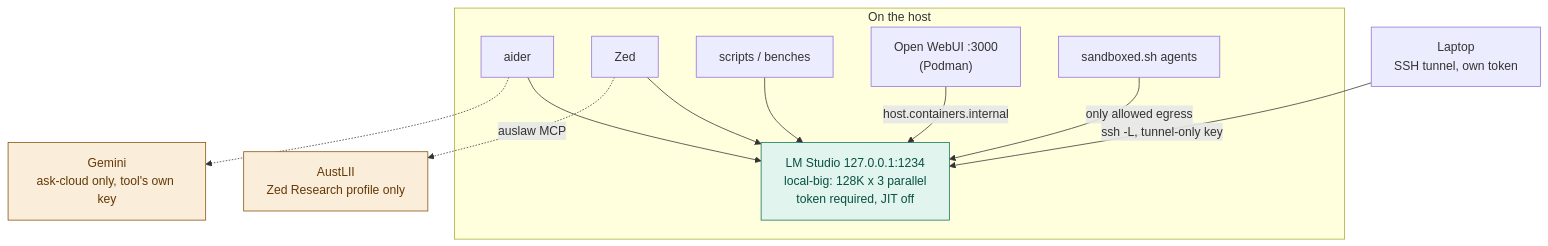
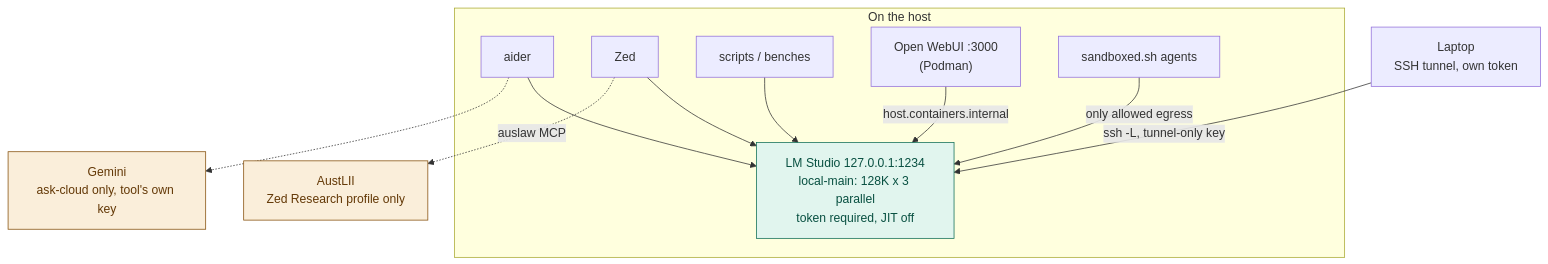
The diagram in docs/ARCHITECTURE.md (ouster/hearth), drawn with Mermaid before and after one commit. The commit also changed other lines of this file and 27 other files, not shown here.

First line of the commit message:
Rename local-big to local-main (ADR 0021).

````diff
--- a/docs/ARCHITECTURE.md
+++ b/docs/ARCHITECTURE.md
@@ -11,29 +11,29 @@
 ```mermaid
 flowchart TB
     subgraph onHost["On the host"]
         aider["aider"]
         zed["Zed"]
         scripts["scripts / benches"]
         webui["Open WebUI :3000<br/>(Podman)"]
         sbx["sandboxed.sh agents"]
-        lms["LM Studio 127.0.0.1:1234<br/>local-big: 128K x 3 parallel<br/>token required, JIT off"]
+        lms["LM Studio 127.0.0.1:1234<br/>local-main: 128K x 3 parallel<br/>token required, JIT off"]
     end
 
     laptop["Laptop<br/>SSH tunnel, own token"]
     cloud["Gemini<br/>ask-cloud only, tool's own key"]
     austlii["AustLII<br/>Zed Research profile only"]
 
     aider --> lms
     zed --> lms
     scripts --> lms
     webui -->|"host.containers.internal"| lms
     sbx -->|"only allowed egress"| lms
     laptop -->|"ssh -L, tunnel-only key"| lms
     aider -.-> cloud
     zed -.->|"auslaw MCP"| austlii
 
     classDef localCls fill:#E1F5EE,stroke:#0F6E56,color:#085041
     classDef leaveCls fill:#FAEEDA,stroke:#854F0B,color:#633806
     class lms localCls
     class cloud,austlii leaveCls
 ```
````
